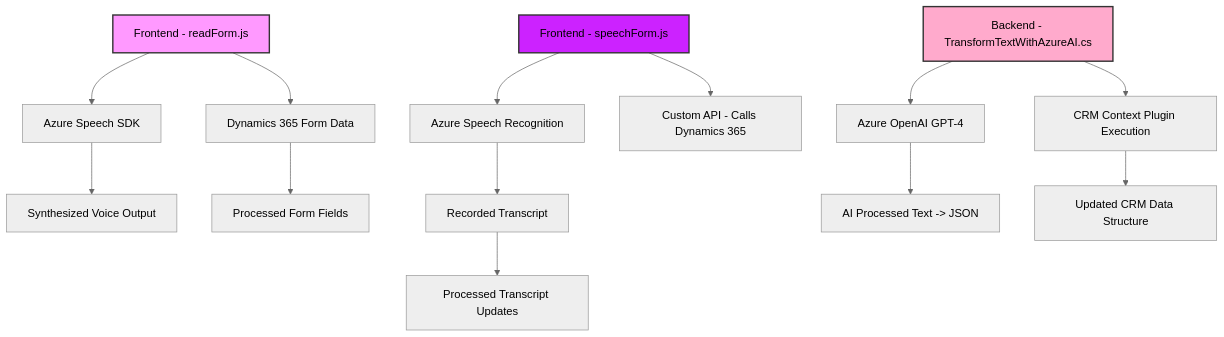
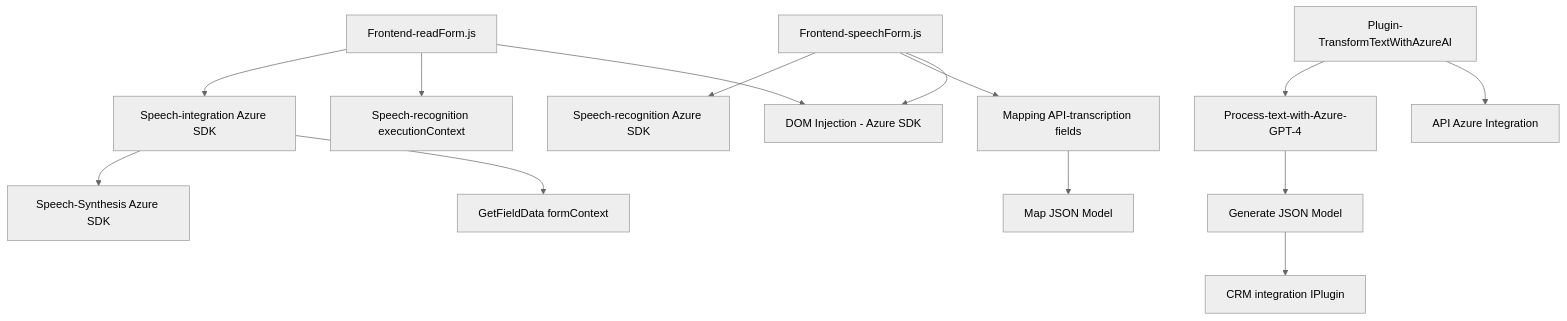
Before and after one commit to blopezdm/NETCORE_BILBAO2025: the diagram in README.md, drawn with Mermaid (neutral theme). The commit also changed other lines of this file, not shown here.

````diff
--- a/README.md
+++ b/README.md
@@ -45,22 +48,19 @@
 ```mermaid
 graph TD
-A["Frontend - readForm.js"] --> B["Azure Speech SDK"]
-A --> D["Dynamics 365 Form Data"]
-B --> C["Synthesized Voice Output"]
-D --> E["Processed Form Fields"]
+    A[Frontend-readForm.js] --> B[Speech-integration Azure SDK]
+    B --> C[Speech-Synthesis Azure SDK]
+    A --> D["Speech-recognition executionContext"]
+    B --> E["GetFieldData formContext"]
 
-F["Frontend - speechForm.js"] --> G["Azure Speech Recognition"]
-F --> H["Custom API - Calls Dynamics 365"]
-G --> I["Recorded Transcript"]
-I --> J["Processed Transcript Updates"]
+    F[Frontend-speechForm.js] --> G[Speech-recognition Azure SDK]
+    F --> H["Mapping API-transcription fields"]
+    H --> I["Map JSON Model <formContext>"]
 
-K["Backend - TransformTextWithAzureAI.cs"]
-K --> L["Azure OpenAI GPT-4"]
-K --> M["CRM Context Plugin Execution"]
-L --> N["AI Processed Text -> JSON"]
-M --> O["Updated CRM Data Structure"]
+    J[Plugin-TransformTextWithAzureAI] --> K[Process-text-with-Azure-GPT-4]
+    K --> L["Generate JSON Model"]
+    L --> M[CRM integration IPlugin]
 
-style A fill:#f9f,stroke:#333,stroke-width:2px
-style F fill:#c2f,stroke:#333,stroke-width:2px
-style K fill:#fac,stroke:#333,stroke-width:2px
+    A --> N[DOM Injection - Azure SDK]
+    F --> N
+    J --> O[API Azure Integration]
 ```
````
